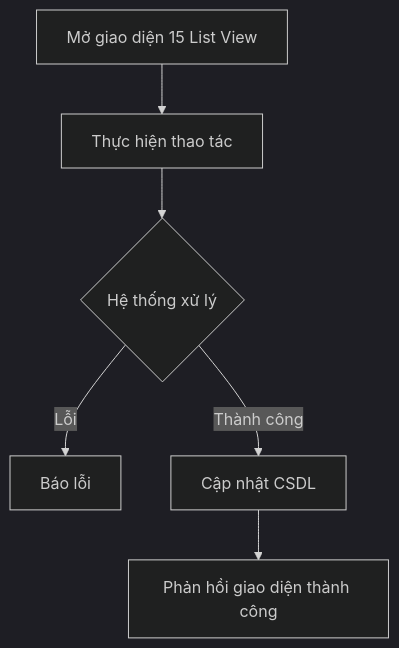
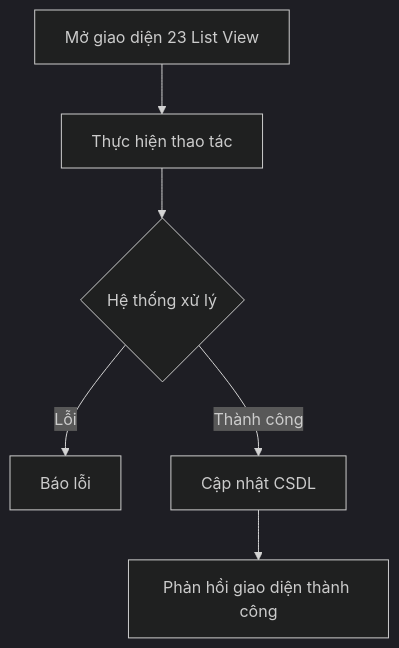
The diagram in nghiep_vu/epic-05_Candidate_Application_Management/user-story-23_List_View/user-story.md (VanHaPtit/EasyTech_FE), drawn with Mermaid (dark theme) before and after one commit. The commit also changed other lines of this file and 31 other files, not shown here.

````diff
--- a/nghiep_vu/epic-05_Candidate_Application_Management/user-story-23_List_View/user-story.md
+++ b/nghiep_vu/epic-05_Candidate_Application_Management/user-story-23_List_View/user-story.md
@@ -11,8 +11,8 @@
 ```mermaid
 graph TD
-    A[Mở giao diện 15 List View] --> B[Thực hiện thao tác]
+    A[Mở giao diện 23 List View] --> B[Thực hiện thao tác]
     B --> C{Hệ thống xử lý}
     C -- Lỗi --> D[Báo lỗi]
     C -- Thành công --> E[Cập nhật CSDL]
     E --> F[Phản hồi giao diện thành công]
 ```
````
